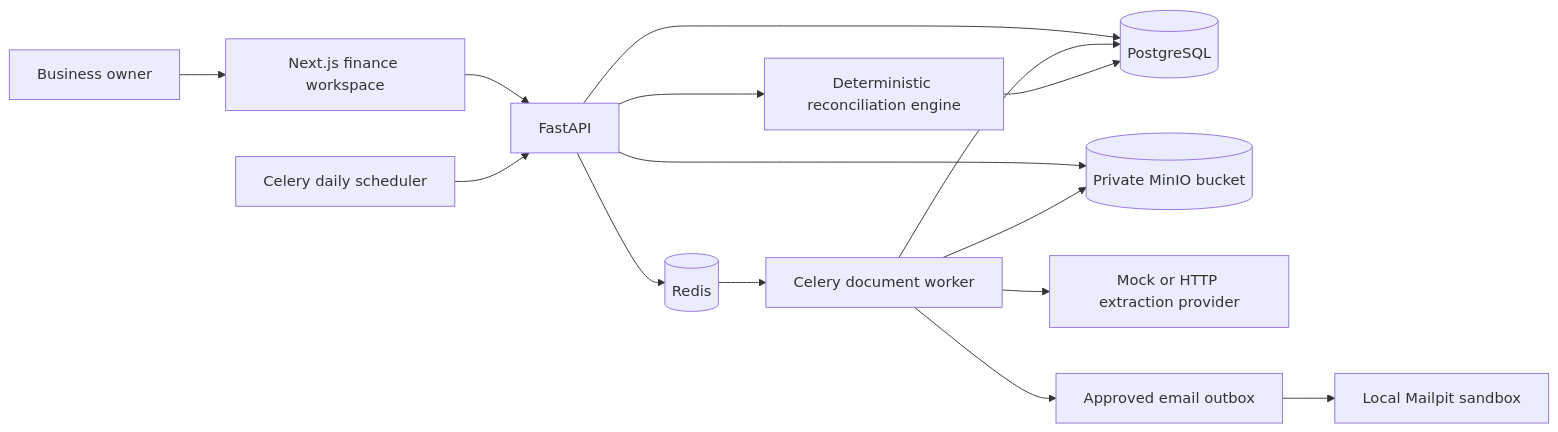
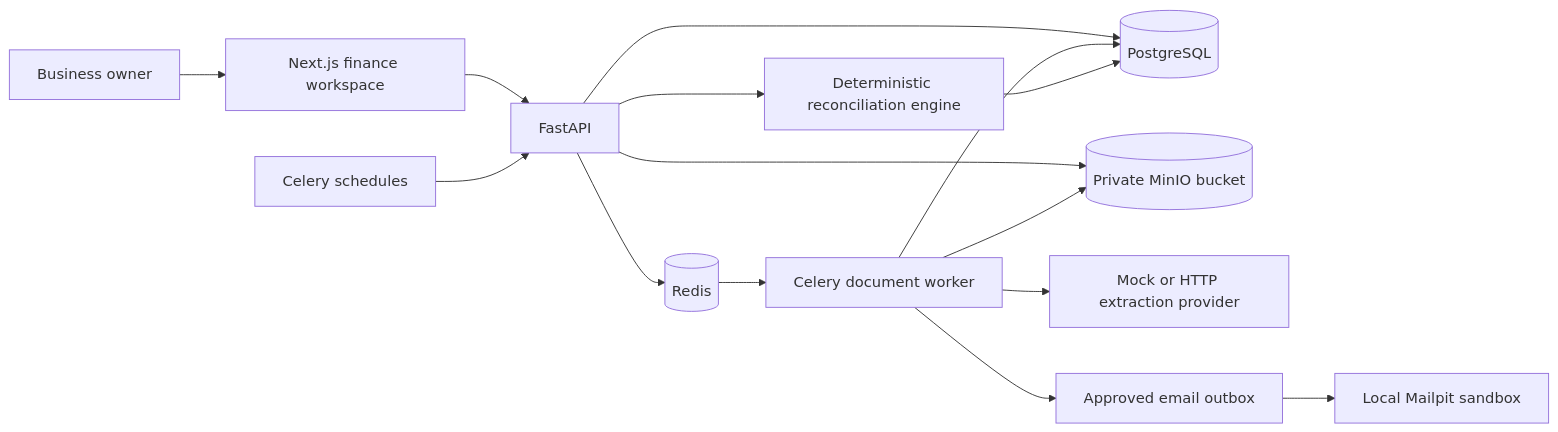
Before and after one commit to mdaninas/umkm-ledger-automation: the diagram in docs/architecture.md, drawn with Mermaid. The commit also changed other lines of this file and 24 other files, not shown here.

````diff
--- a/docs/architecture.md
+++ b/docs/architecture.md
@@ -3,17 +3,17 @@
 ```mermaid
 flowchart LR
     Browser["Next.js finance workspace"] --> API["FastAPI"]
     API --> DB[("PostgreSQL")]
     API --> Storage[("Private MinIO bucket")]
     API --> Queue[("Redis")]
     Queue --> Worker["Celery document worker"]
     Worker --> Storage
     Worker --> Provider["Mock or HTTP extraction provider"]
     Worker --> DB
     API --> Match["Deterministic reconciliation engine"]
     Match --> DB
-    Beat["Celery daily scheduler"] --> API
+    Beat["Celery schedules"] --> API
     Worker --> Outbox["Approved email outbox"]
     Outbox --> Mailpit["Local Mailpit sandbox"]
     Owner["Business owner"] --> Browser
 ```
````
